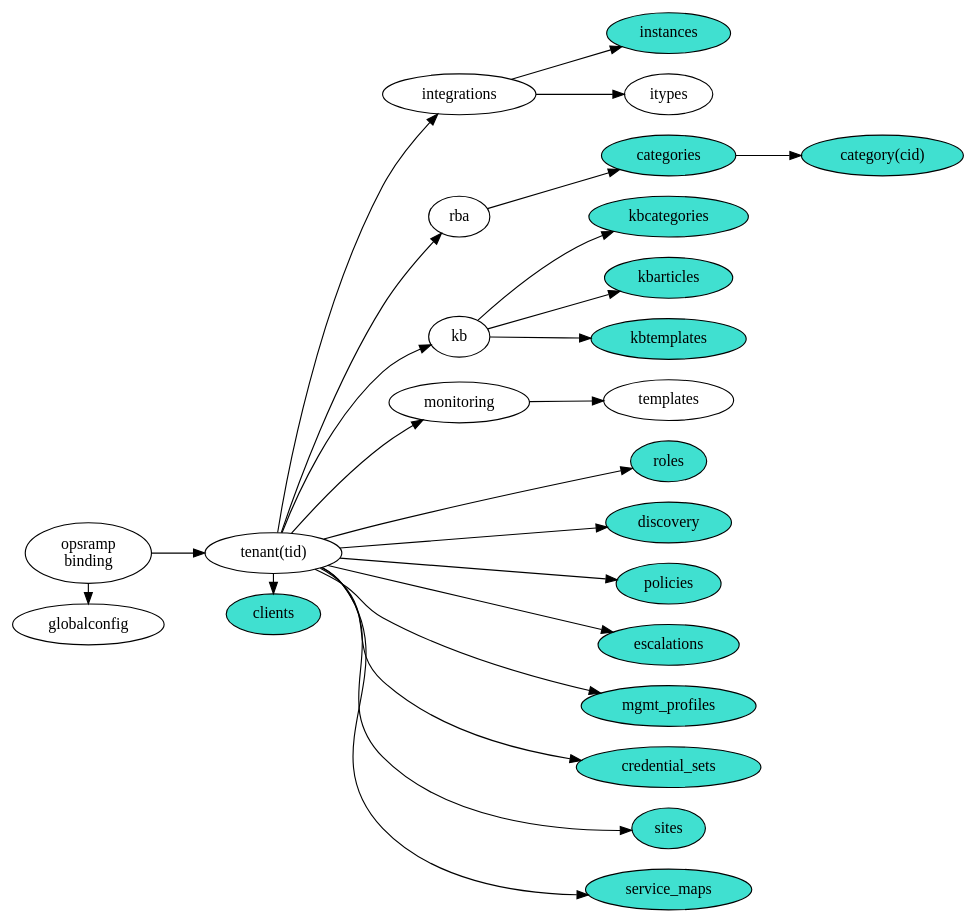
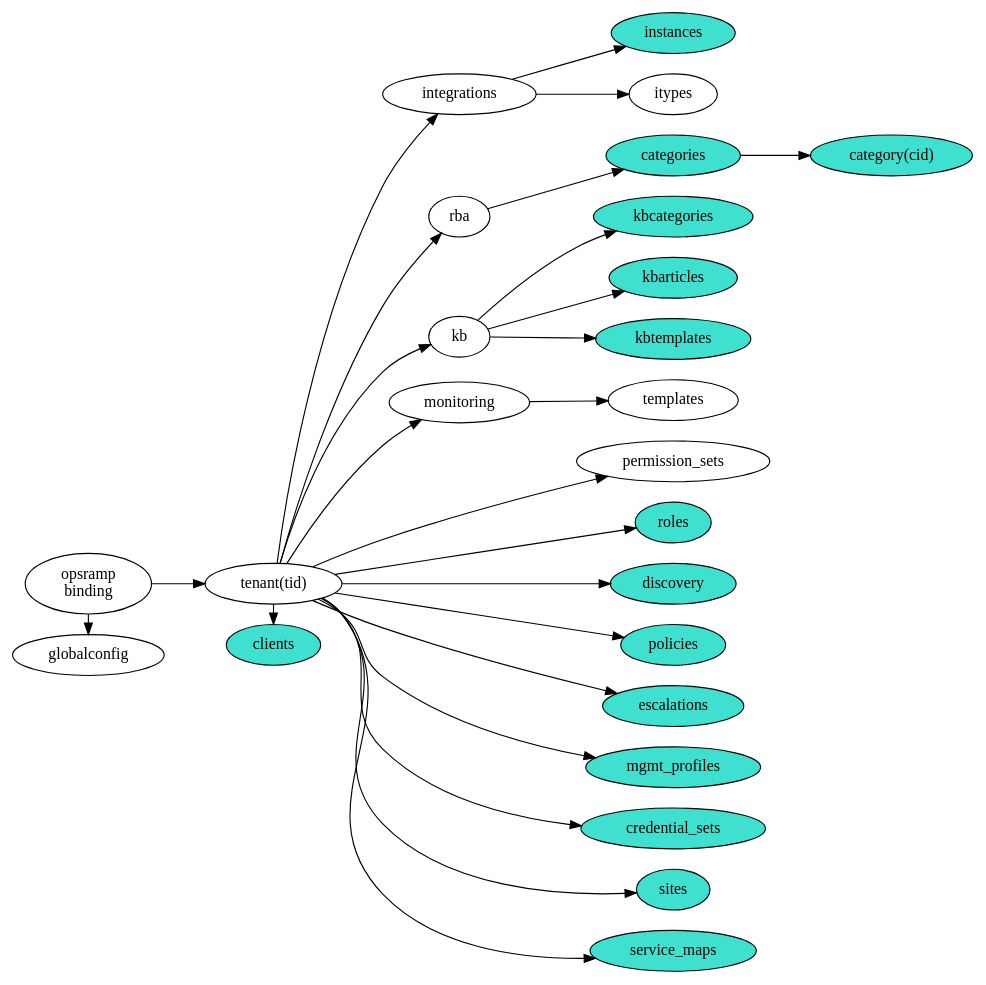
The diagram in classes.dot (HewlettPackard/python-opsramp), drawn with Graphviz before and after one commit. The commit also changed 3 other files, not shown here.

First line of the commit message:
Add permission sets to the standard examples

```diff
--- a/classes.dot
+++ b/classes.dot
@@ -1,52 +1,52 @@
 # classes.dot
 # An input file for graphviz that produces a diagram of the relationship
 # between the various classes in the python-opsramp language binding.
 #
 # (c) Copyright 2019-2020 Hewlett Packard Enterprise Development LP
 #
 # Licensed under the Apache License, Version 2.0 (the "License");
 # you may not use this file except in compliance with the License.
 # You may obtain a copy of the License at
 #
 #     http://www.apache.org/licenses/LICENSE-2.0
 #
 # Unless required by applicable law or agreed to in writing, software
 # distributed under the License is distributed on an "AS IS" BASIS,
 # WITHOUT WARRANTIES OR CONDITIONS OF ANY KIND, either express or implied.
 # See the License for the specific language governing permissions and
 # limitations under the License.
 #
 digraph {
   rankdir="LR";
   binding -> { globalconfig tenant }
-  tenant -> { clients integrations rba kb monitoring roles discovery policies escalations mgmt_profiles credential_sets sites service_maps }
+  tenant -> { clients integrations rba kb monitoring permission_sets roles discovery policies escalations mgmt_profiles credential_sets sites service_maps }
   rba -> categories
   categories -> category
   monitoring -> templates
   integrations -> { instances itypes }
   kb -> kbcategories
   kb -> kbarticles
   kb -> kbtemplates
 
   { rank=same binding globalconfig }
   { rank=same tenant clients }
-  { rank=same categories templates policies itypes instances discovery credential_sets roles escalations mgmt_profiles sites service_maps }
+  { rank=same categories templates policies itypes instances discovery credential_sets permission_sets roles escalations mgmt_profiles sites service_maps }
 
   binding [label="opsramp\nbinding"]
   tenant [label="tenant(tid)"]
   category [label="category(cid)" style="filled" fillcolor="turquoise"]
   instances [style="filled" fillcolor="turquoise"]
   categories [style="filled" fillcolor="turquoise"]
   policies [style="filled" fillcolor="turquoise"]
   clients [style="filled" fillcolor="turquoise"]
   discovery [style="filled" fillcolor="turquoise"]
   credential_sets [style="filled" fillcolor="turquoise"]
   roles [style="filled" fillcolor="turquoise"]
   escalations [style="filled" fillcolor="turquoise"]
   mgmt_profiles [style="filled" fillcolor="turquoise"]
   sites [style="filled" fillcolor="turquoise"]
   service_maps [style="filled" fillcolor="turquoise"]
   kbcategories [style="filled" fillcolor="turquoise"]
   kbarticles [style="filled" fillcolor="turquoise"]
   kbtemplates [style="filled" fillcolor="turquoise"]
 }
```
